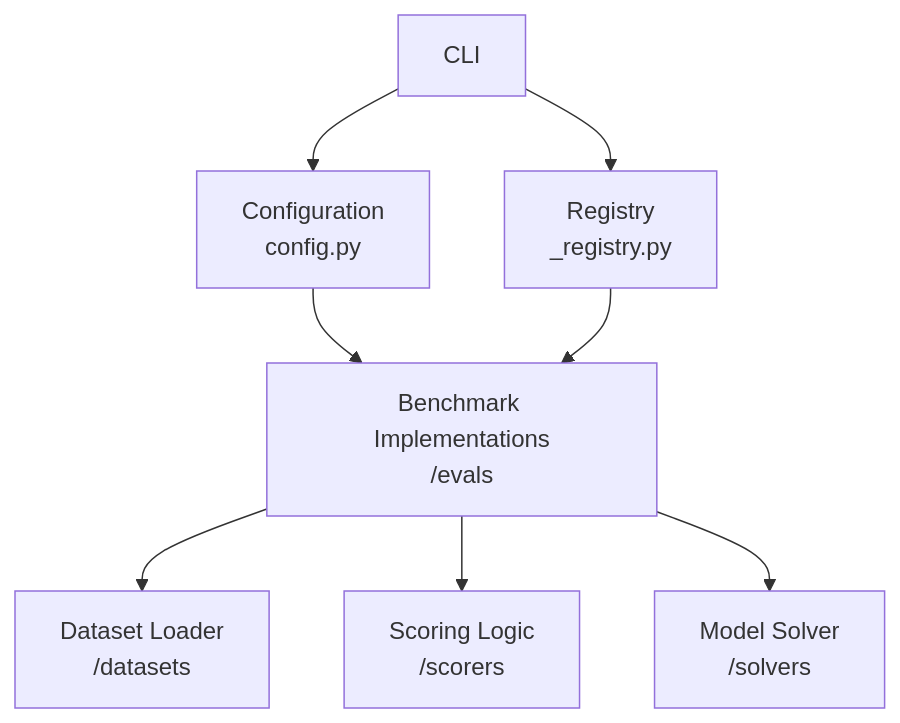
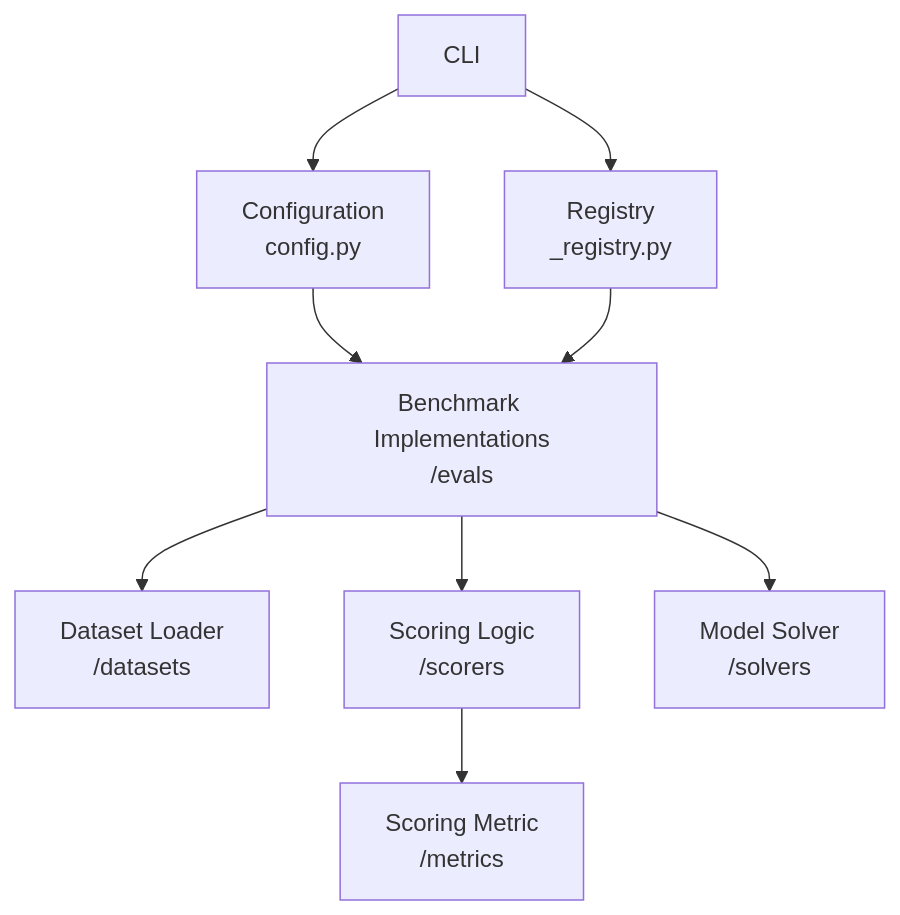
The diagram in docs/development/architecture.mdx (nmayorga7/openbench), drawn with Mermaid before and after one commit. The commit also changed other lines of this file and 1 other file, not shown here.

Commit message:
chore: update development to reflect metrics refactoring, updated PR template

````diff
--- a/docs/development/architecture.mdx
+++ b/docs/development/architecture.mdx
@@ -12,10 +12,11 @@
 ```mermaid
 graph TB
     CLI --> Registry[Registry<br/>_registry.py]
     CLI--> Configuration[Configuration<br/>config.py]
     Configuration --> Benchmarks[Benchmark Implementations<br/>/evals]
     Registry --> Benchmarks[Benchmark Implementations<br/>/evals]
     Benchmarks --> Datasets[Dataset Loader<br/>/datasets]
     Benchmarks --> Scorers[Scoring Logic<br/>/scorers]
     Benchmarks --> Solvers[Model Solver<br/>/solvers]
+    Scorers --> Metrics[Scoring Metric<br/>/metrics]
 ```
````
